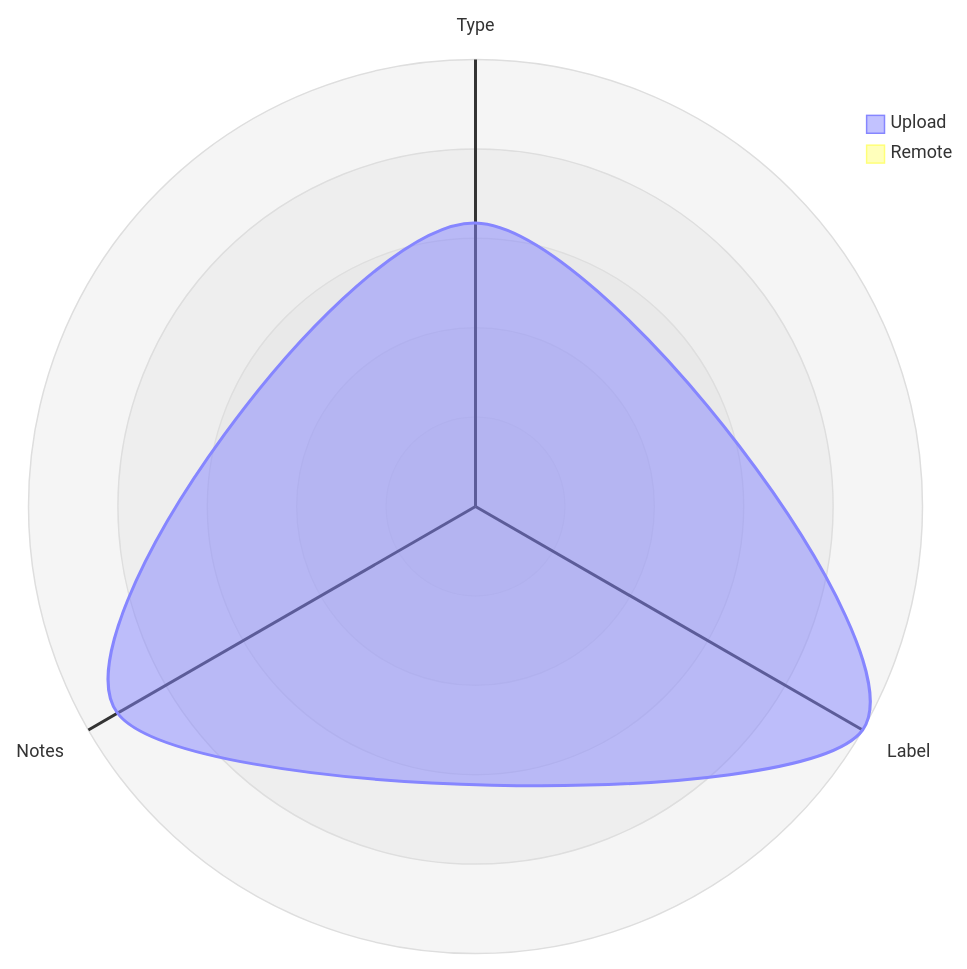
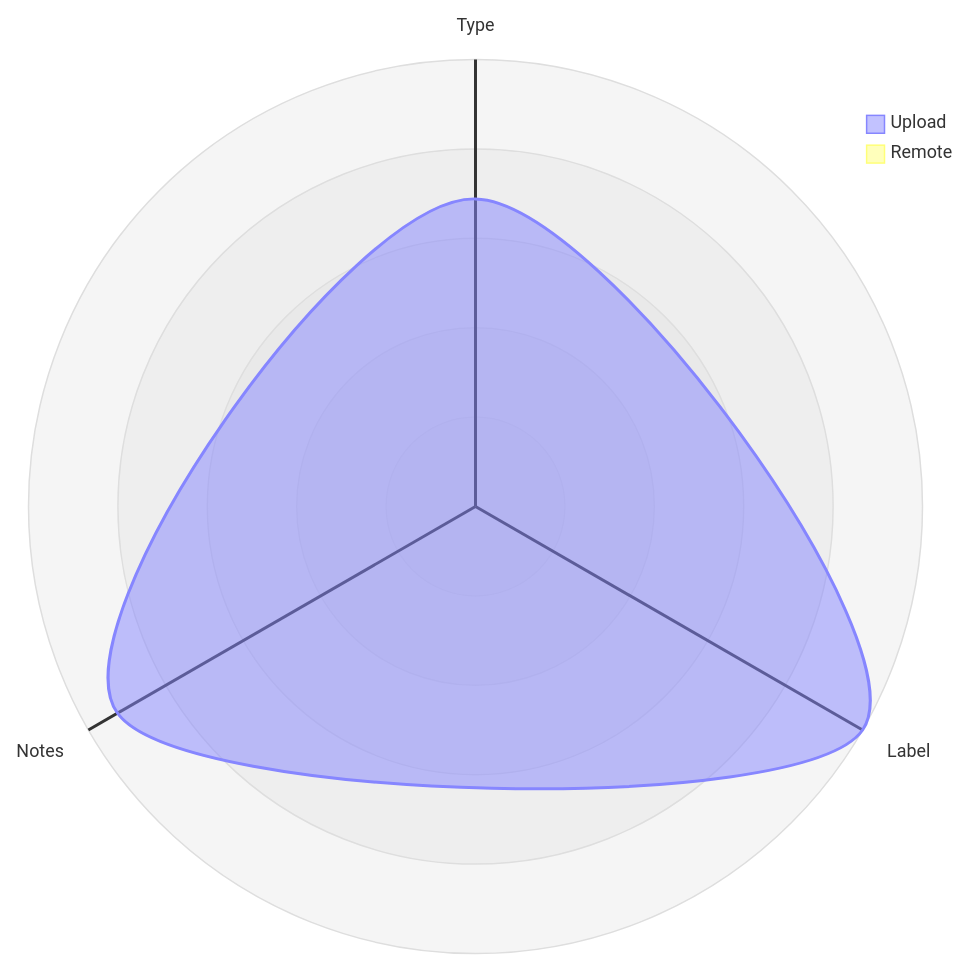
One commit to open-data/analytics-corporate-reporting changed the third of 5 diagrams in datastore_tracker/README.md. Above: the diagram before and after it, drawn with Mermaid. The commit also changed other lines of this file and 9 other files, not shown here.

````diff
--- a/datastore_tracker/README.md
+++ b/datastore_tracker/README.md
@@ -104,12 +106,12 @@
 ```mermaid
 radar-beta
   axis T["Type"], L["Label"], N["Notes"]
-  curve u["Upload"]{0.00059, 0.00093, 0.00086}
+  curve u["Upload"]{0.00064, 0.00093, 0.00086}
   curve r["Remote"]{0, 0, 0}
 
   showLegend true
 
   min 0
   graticule circle
   ticks 5
 ```
````
